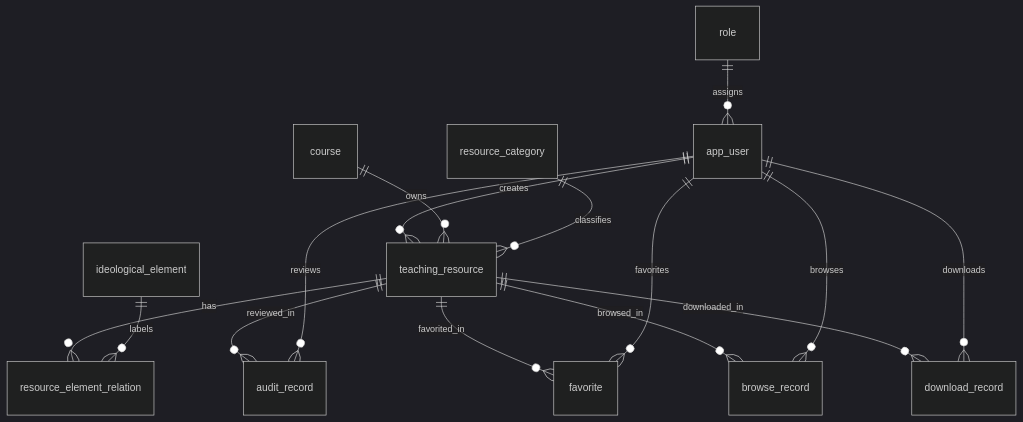
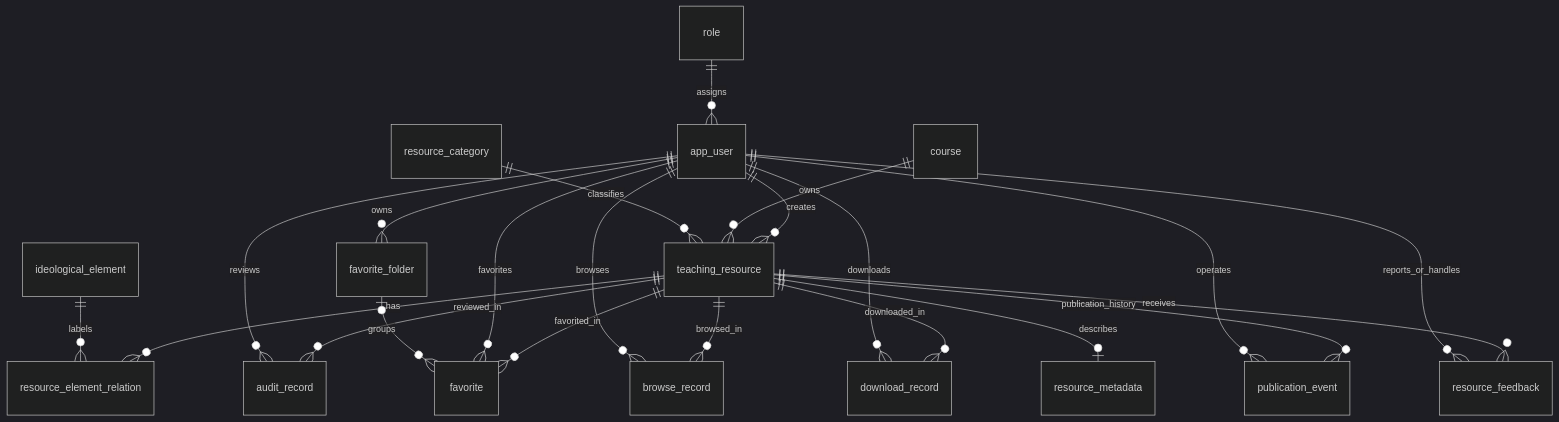
Before and after one commit to snowlei1/Management-System: the diagram in docs/06-数据库设计.md, drawn with Mermaid (dark theme). The commit also changed other lines of this file and 48 other files, not shown here.

Commit message:
Complete private resource feedback and publication governance

````diff
--- a/docs/06-数据库设计.md
+++ b/docs/06-数据库设计.md
@@ -17,17 +25,24 @@
 ```mermaid
 erDiagram
   role ||--o{ app_user : assigns
   app_user ||--o{ teaching_resource : creates
   course ||--o{ teaching_resource : owns
   resource_category ||--o{ teaching_resource : classifies
   teaching_resource ||--o{ resource_element_relation : has
   ideological_element ||--o{ resource_element_relation : labels
   teaching_resource ||--o{ audit_record : reviewed_in
   app_user ||--o{ audit_record : reviews
   teaching_resource ||--o{ favorite : favorited_in
   app_user ||--o{ favorite : favorites
   teaching_resource ||--o{ browse_record : browsed_in
   app_user ||--o{ browse_record : browses
   teaching_resource ||--o{ download_record : downloaded_in
   app_user ||--o{ download_record : downloads
+  app_user ||--o{ favorite_folder : owns
+  favorite_folder o|--o{ favorite : groups
+  teaching_resource ||--o| resource_metadata : describes
+  teaching_resource ||--o{ publication_event : publication_history
+  app_user ||--o{ publication_event : operates
+  teaching_resource ||--o{ resource_feedback : receives
+  app_user ||--o{ resource_feedback : reports_or_handles
 ```
````
